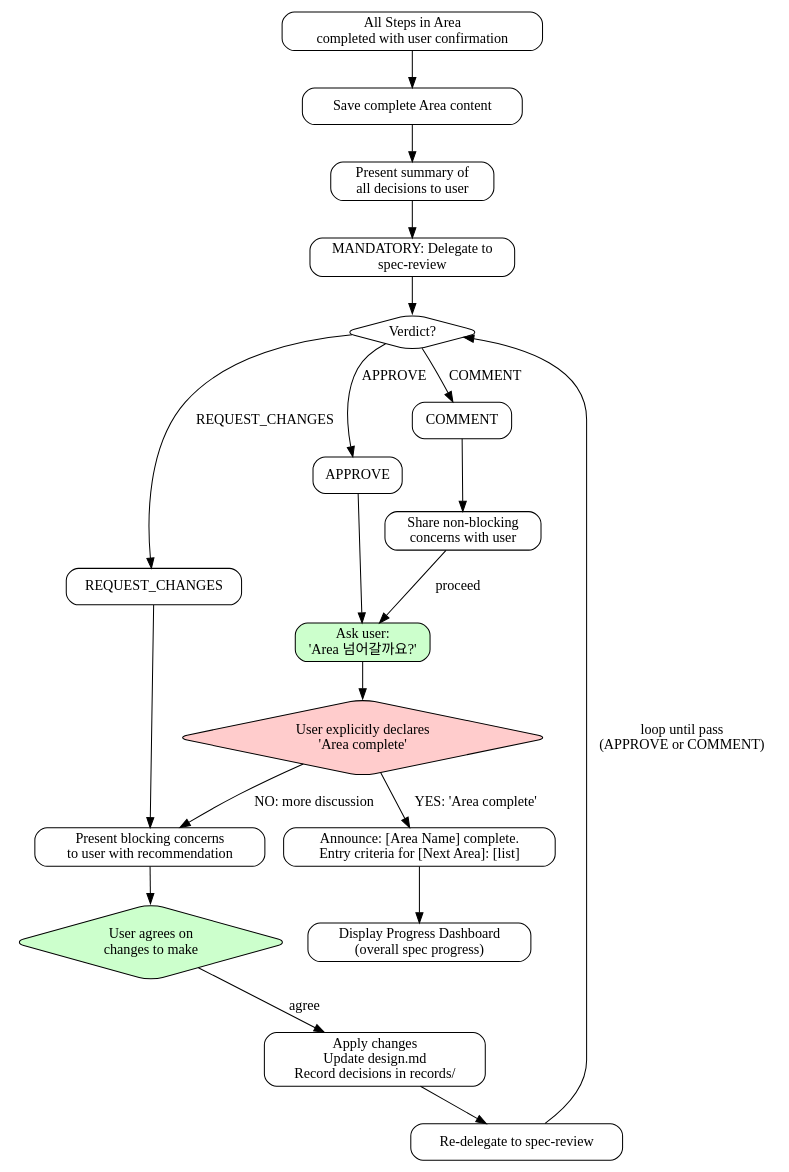
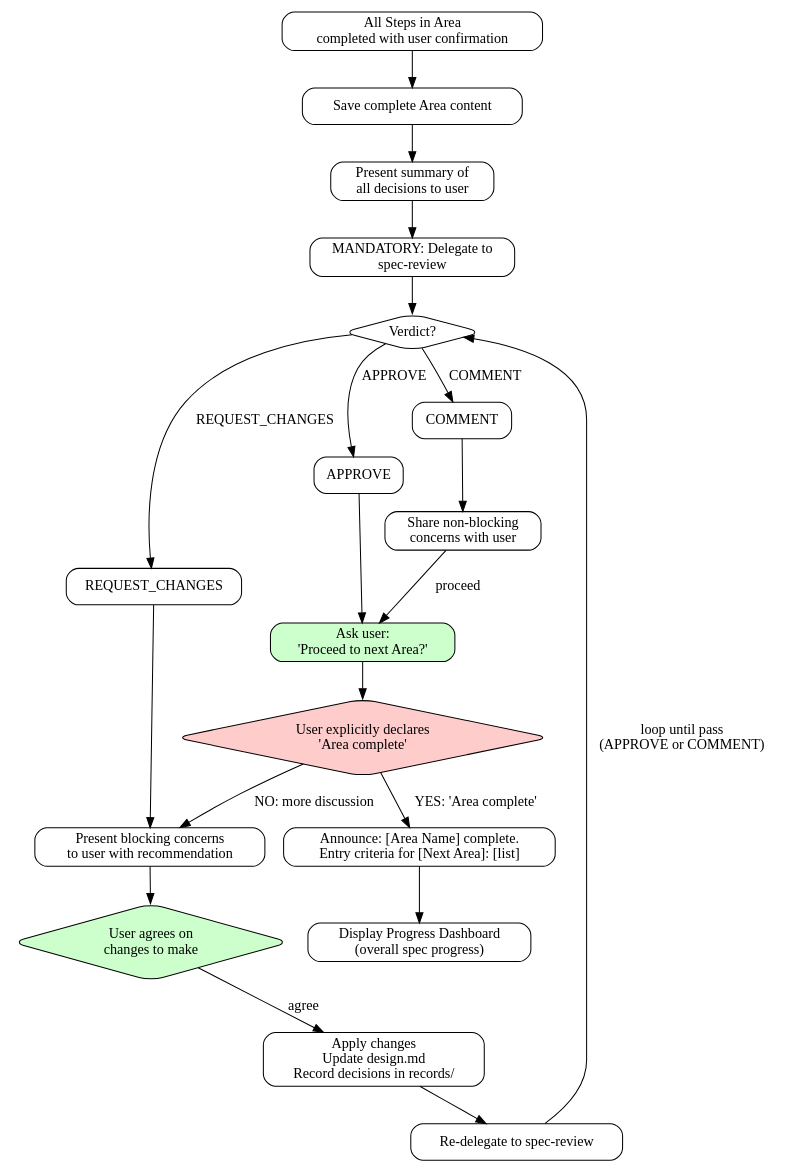
Before and after one commit to toongri/oh-my-toong-playground: the third of 3 diagrams in skills/spec/SKILL.md, drawn with Graphviz. The commit also changed other lines of this file, not shown here.

````diff
--- a/skills/spec/SKILL.md
+++ b/skills/spec/SKILL.md
@@ -942,51 +941,51 @@
 ```dot
 digraph area_completion {
     rankdir=TB;
     node [shape=box, style=rounded];
 
     all_steps [label="All Steps in Area\ncompleted with user confirmation"];
     save_area [label="Save complete Area content"];
     present_summary [label="Present summary of\nall decisions to user"];
     delegate_reviewer [label="MANDATORY: Delegate to\nspec-review"];
     check_verdict [label="Verdict?", shape=diamond];
 
     approve [label="APPROVE"];
-    ask_complete [label="Ask user:\n'Area 넘어갈까요?'", style="rounded,filled", fillcolor="#ccffcc"];
+    ask_complete [label="Ask user:\n'Proceed to next Area?'", style="rounded,filled", fillcolor="#ccffcc"];
     user_final [label="User explicitly declares\n'Area complete'", shape=diamond, style="rounded,filled", fillcolor="#ffcccc"];
     announce_next [label="Announce: [Area Name] complete.\nEntry criteria for [Next Area]: [list]"];
     progress_dashboard [label="Display Progress Dashboard\n(overall spec progress)"];
 
     request_changes [label="REQUEST_CHANGES"];
     present_feedback [label="Present blocking concerns\nto user with recommendation"];
     user_consensus [label="User agrees on\nchanges to make", shape=diamond, style="rounded,filled", fillcolor="#ccffcc"];
     incorporate [label="Apply changes\nUpdate design.md\nRecord decisions in records/"];
     re_review [label="Re-delegate to spec-review"];
 
     comment [label="COMMENT"];
     share_comment [label="Share non-blocking\nconcerns with user"];
 
     all_steps -> save_area;
     save_area -> present_summary;
     present_summary -> delegate_reviewer;
     delegate_reviewer -> check_verdict;
 
     check_verdict -> approve [label="APPROVE"];
     approve -> ask_complete;
     ask_complete -> user_final;
 
     check_verdict -> request_changes [label="REQUEST_CHANGES"];
     request_changes -> present_feedback;
     present_feedback -> user_consensus;
     user_consensus -> incorporate [label="agree"];
     incorporate -> re_review;
     re_review -> check_verdict [label="loop until pass\n(APPROVE or COMMENT)"];
 
     check_verdict -> comment [label="COMMENT"];
     comment -> share_comment;
     share_comment -> ask_complete [label="proceed"];
 
     user_final -> announce_next [label="YES: 'Area complete'"];
     announce_next -> progress_dashboard;
     user_final -> present_feedback [label="NO: more discussion"];
 }
 ```
````
